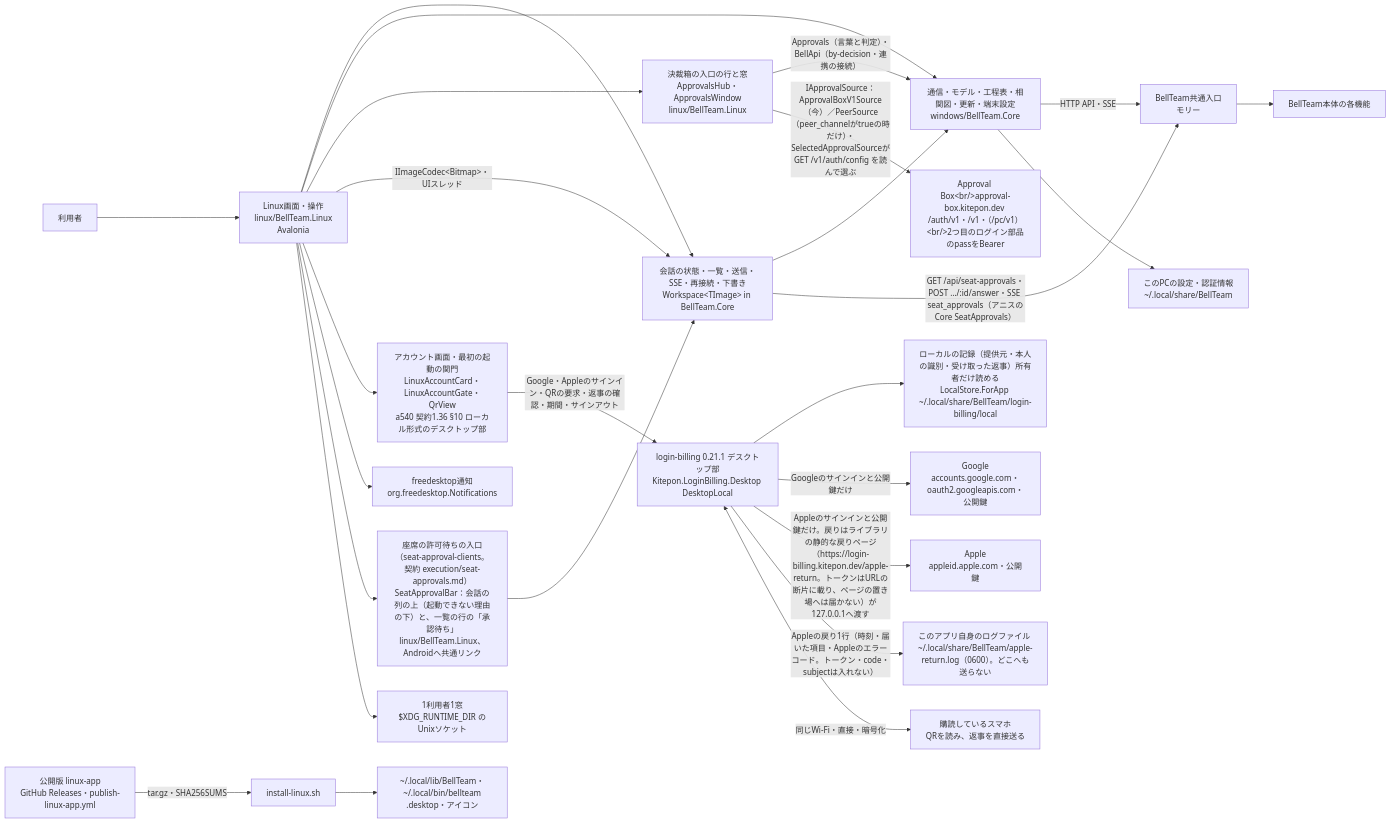
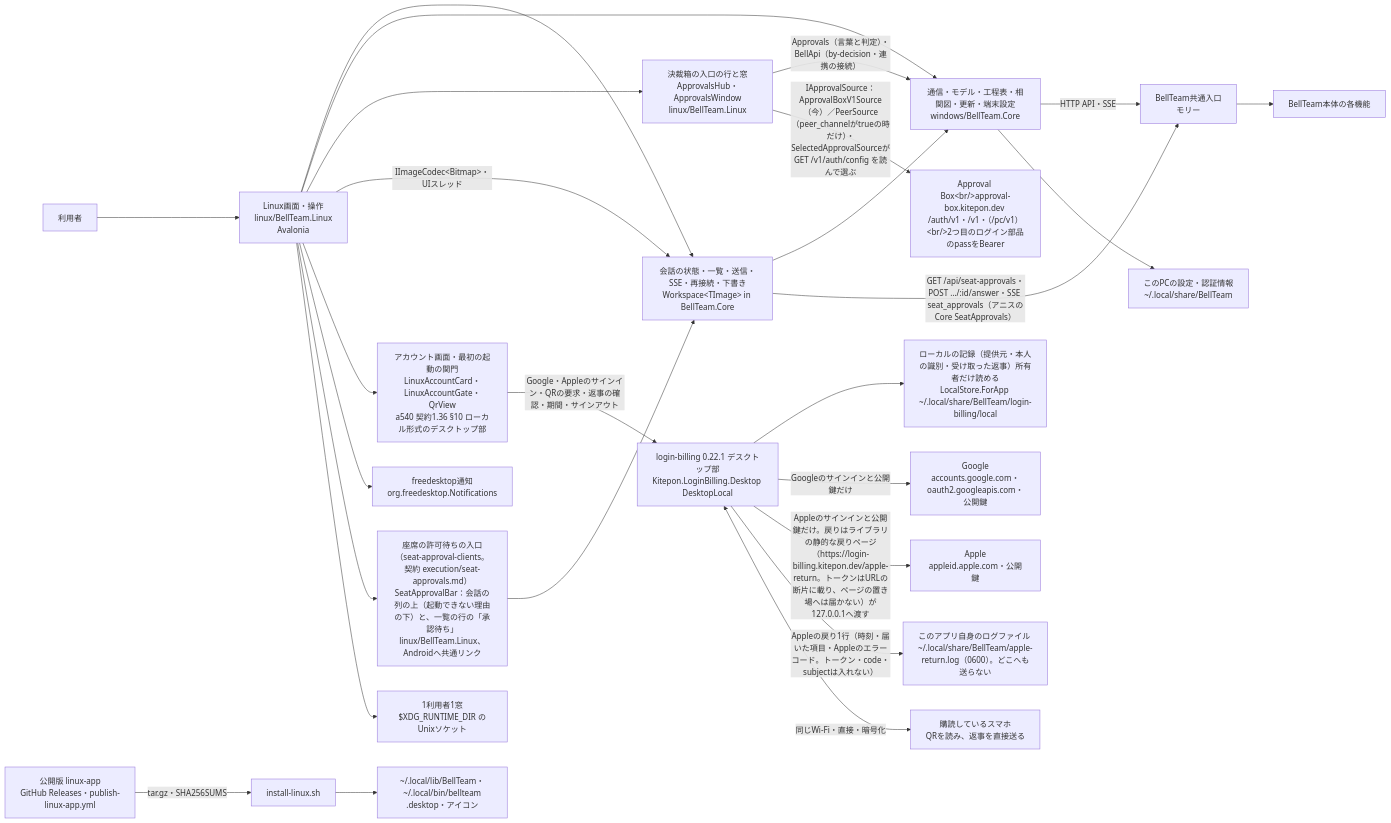
One commit to kitepon/BellTeam changed the first of 3 diagrams in docs/linux-architecture.md. Above: the diagram before and after it, drawn with Mermaid. The commit also changed other lines of this file and 19 other files, not shown here.

First line of the commit message:
lb0220-clients: Linux 0.2.32 and Android 0.1.32 on login-billing 0.22.1 (appId, BellTeam's two guidance texts, Android App Link for the QR's join link)

````diff
--- a/docs/linux-architecture.md
+++ b/docs/linux-architecture.md
@@ -9,28 +9,28 @@
 ```mermaid
 flowchart LR
   user[利用者] --> ui[Linux画面・操作<br/>linux/BellTeam.Linux<br/>Avalonia]
   ui --> ws[会話の状態・一覧・送信・SSE・再接続・下書き<br/>Workspace&lt;TImage&gt; in BellTeam.Core]
   ui --> core[通信・モデル・工程表・相関図・更新・端末設定<br/>windows/BellTeam.Core]
   ui --> abx[決裁箱の入口の行と窓<br/>ApprovalsHub・ApprovalsWindow<br/>linux/BellTeam.Linux]
   abx -->|Approvals（言葉と判定）・BellApi（by-decision・連携の接続）| core
   abx -->|IApprovalSource：ApprovalBoxV1Source（今）／PeerSource（peer_channelがtrueの時だけ）・SelectedApprovalSourceがGET /v1/auth/config を読んで選ぶ| abxsrv[Approval Box&lt;br/&gt;approval-box.kitepon.dev /auth/v1・/v1・（/pc/v1）&lt;br/&gt;2つ目のログイン部品のpassをBearer]
   ws --> core
   ui -->|IImageCodec&lt;Bitmap&gt;・UIスレッド| ws
   core -->|HTTP API・SSE| integration[BellTeam共通入口<br/>モリー]
   core --> local[このPCの設定・認証情報<br/>~/.local/share/BellTeam]
   ui --> account[アカウント画面・最初の起動の関門<br/>LinuxAccountCard・LinuxAccountGate・QrView<br/>a540 契約1.36 §10 ローカル形式のデスクトップ部]
-  account -->|Google・Appleのサインイン・QRの要求・返事の確認・期間・サインアウト| lib[login-billing 0.21.1 デスクトップ部<br/>Kitepon.LoginBilling.Desktop DesktopLocal]
+  account -->|Google・Appleのサインイン・QRの要求・返事の確認・期間・サインアウト| lib[login-billing 0.22.1 デスクトップ部<br/>Kitepon.LoginBilling.Desktop DesktopLocal]
   lib --> pass[ローカルの記録（提供元・本人の識別・受け取った返事）所有者だけ読める<br/>LocalStore.ForApp ~/.local/share/BellTeam/login-billing/local]
   lib -->|Googleのサインインと公開鍵だけ| google[Google<br/>accounts.google.com・oauth2.googleapis.com・公開鍵]
   lib -->|Appleのサインインと公開鍵だけ。戻りはライブラリの静的な戻りページ（https://login-billing.kitepon.dev/apple-return。トークンはURLの断片に載り、ページの置き場へは届かない）が127.0.0.1へ渡す| apple[Apple<br/>appleid.apple.com・公開鍵]
   lib -->|Appleの戻り1行（時刻・届いた項目・Appleのエラーコード。トークン・code・subjectは入れない）| devlog[このアプリ自身のログファイル ~/.local/share/BellTeam/apple-return.log（0600）。どこへも送らない]
   lib <-->|同じWi-Fi・直接・暗号化| phone[購読しているスマホ<br/>QRを読み、返事を直接送る]
   ui --> notify[freedesktop通知<br/>org.freedesktop.Notifications]
   ui --> seat[座席の許可待ちの入口（seat-approval-clients。契約 execution/seat-approvals.md）<br/>SeatApprovalBar：会話の列の上（起動できない理由の下）と、一覧の行の「承認待ち」<br/>linux/BellTeam.Linux、Androidへ共通リンク]
   seat --> ws
   ws -->|"GET /api/seat-approvals・POST …/:id/answer・SSE seat_approvals（アニスのCore SeatApprovals）"| integration
   ui --> single[1利用者1窓<br/>$XDG_RUNTIME_DIR のUnixソケット]
   release[公開版 linux-app<br/>GitHub Releases・publish-linux-app.yml] -->|tar.gz・SHA256SUMS| install[install-linux.sh]
   install --> files[~/.local/lib/BellTeam・~/.local/bin/bellteam<br/>.desktop・アイコン]
   integration --> server[BellTeam本体の各機能]
 ```
````
